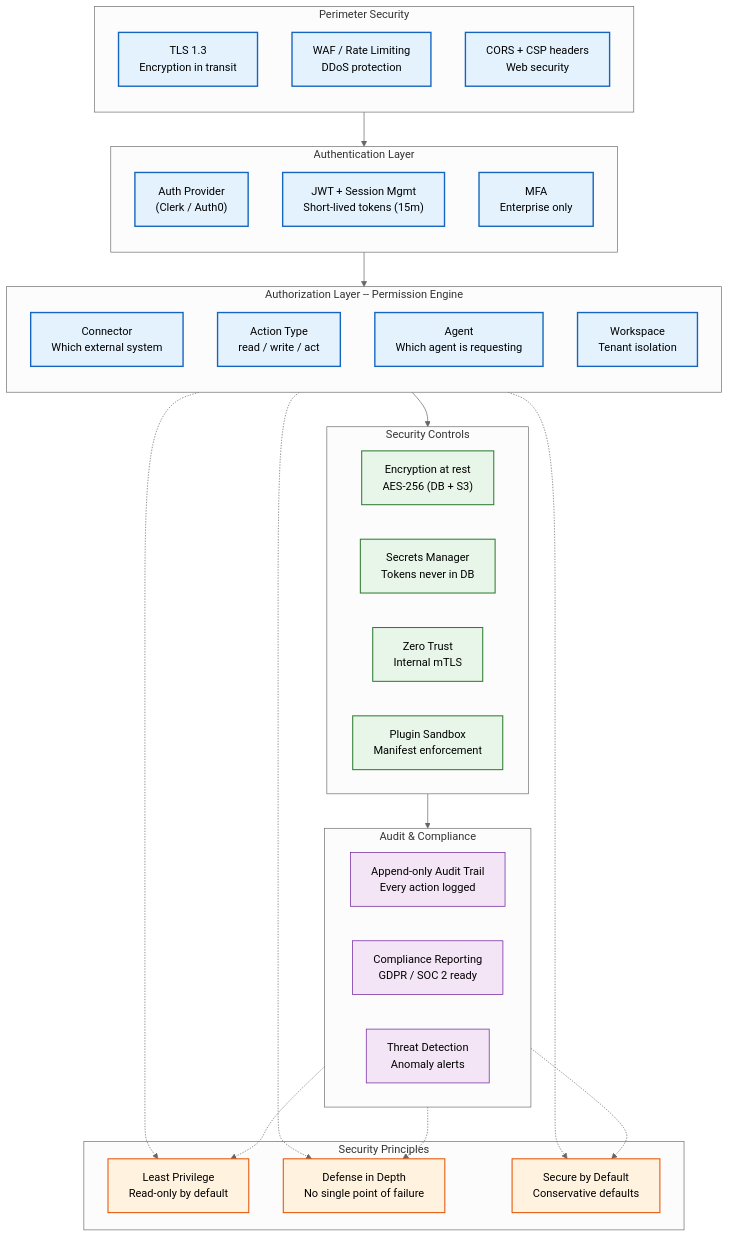
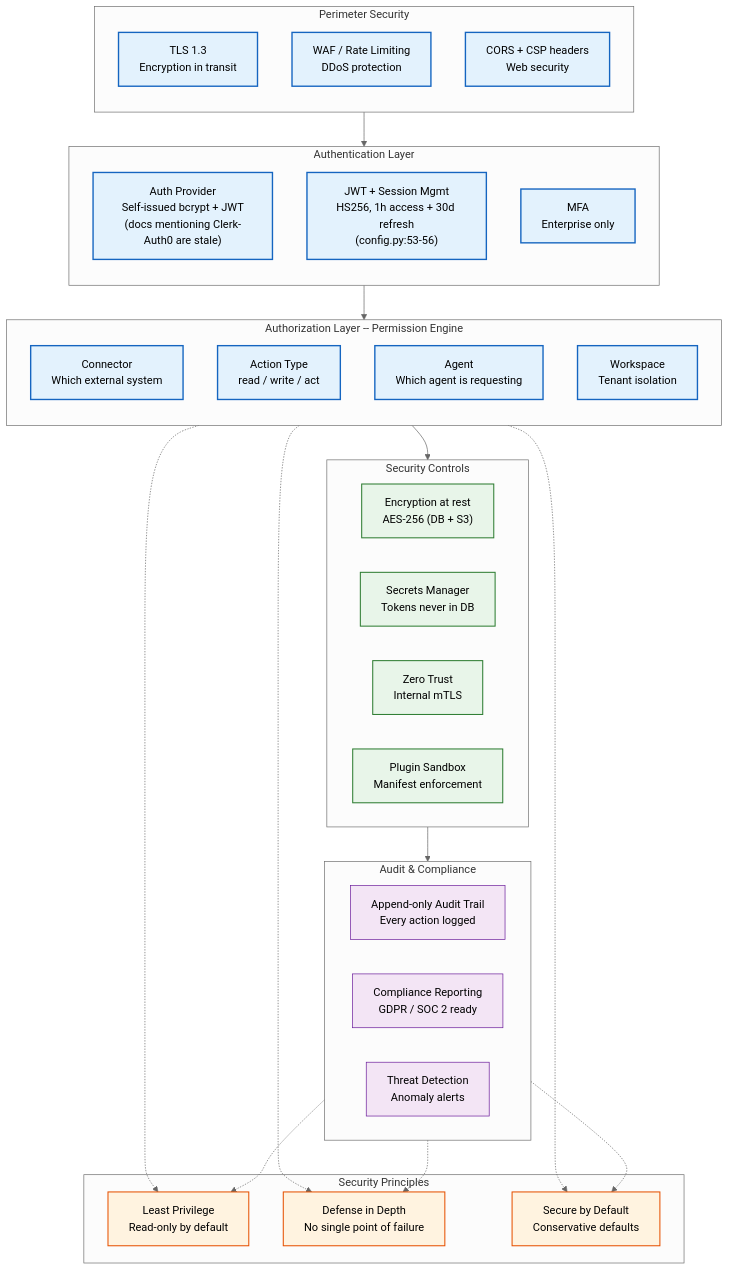
Before and after one commit to Driftloom/Vaeloom: the first of 2 diagrams in docs/security/Security-Architecture.md, drawn with Mermaid (neutral theme). The commit also changed other lines of this file and 12 other files, not shown here.

Commit message:
docs(architecture): reconcile system, agent, connector, and auth specs with code truth

````diff
--- a/docs/security/Security-Architecture.md
+++ b/docs/security/Security-Architecture.md
@@ -10,60 +10,60 @@
 ```mermaid
 graph TD
  classDef layer fill:#e3f2fd,stroke:#1565c0,color:#000,stroke-width:2px
  classDef control fill:#e8f5e9,stroke:#2e7d32,color:#000,stroke-width:1.5px
  classDef principle fill:#fff3e0,stroke:#e65100,color:#000,stroke-width:1.5px
  classDef audit fill:#f3e5f5,stroke:#6a1b9a,color:#000,stroke-width:1px
 
  subgraph Perimeter["Perimeter Security"]
  direction TB
  P1["TLS 1.3<br/>Encryption in transit"]
  P2["WAF / Rate Limiting<br/>DDoS protection"]
  P3["CORS + CSP headers<br/>Web security"]
  end
 
- subgraph AuthN["Authentication Layer"]
- direction TB
- A1["Auth Provider<br/>(Clerk / Auth0)"]
- A2["JWT + Session Mgmt<br/>Short-lived tokens (15m)"]
- A3["MFA<br/>Enterprise only"]
- end
+  subgraph AuthN["Authentication Layer"]
+  direction TB
+  A1["Auth Provider<br/>Self-issued bcrypt + JWT<br/>(docs mentioning Clerk-Auth0 are stale)"]
+  A2["JWT + Session Mgmt<br/>HS256, 1h access + 30d refresh<br/>(config.py:53-56)"]
+  A3["MFA<br/>Enterprise only"]
+  end
 
  subgraph AuthZ["Authorization Layer -- Permission Engine"]
  direction TB
  Z1["Connector<br/>Which external system"]
  Z2["Action Type<br/>read / write / act"]
  Z3["Agent<br/>Which agent is requesting"]
  Z4["Workspace<br/>Tenant isolation"]
  end
 
  subgraph Controls["Security Controls"]
  C1["Encryption at rest<br/>AES-256 (DB + S3)"]
  C2["Secrets Manager<br/>Tokens never in DB"]
  C3["Zero Trust<br/>Internal mTLS"]
  C4["Plugin Sandbox<br/>Manifest enforcement"]
  end
 
  subgraph Audit["Audit & Compliance"]
  D1["Append-only Audit Trail<br/>Every action logged"]
  D2["Compliance Reporting<br/>GDPR / SOC 2 ready"]
  D3["Threat Detection<br/>Anomaly alerts"]
  end
 
  subgraph Principles["Security Principles"]
  R1["Least Privilege<br/>Read-only by default"]
  R2["Defense in Depth<br/>No single point of failure"]
  R3["Secure by Default<br/>Conservative defaults"]
  end
 
  Perimeter--> AuthN--> AuthZ--> Controls--> Audit
  AuthZ -.-> R1 & R2 & R3
  Audit -.-> R1 & R2 & R3
 
  class P1,P2,P3 layer
  class A1,A2,A3 layer
  class Z1,Z2,Z3,Z4 layer
  class C1,C2,C3,C4 control
  class D1,D2,D3 audit
  class R1,R2,R3 principle
 
 ```
````
